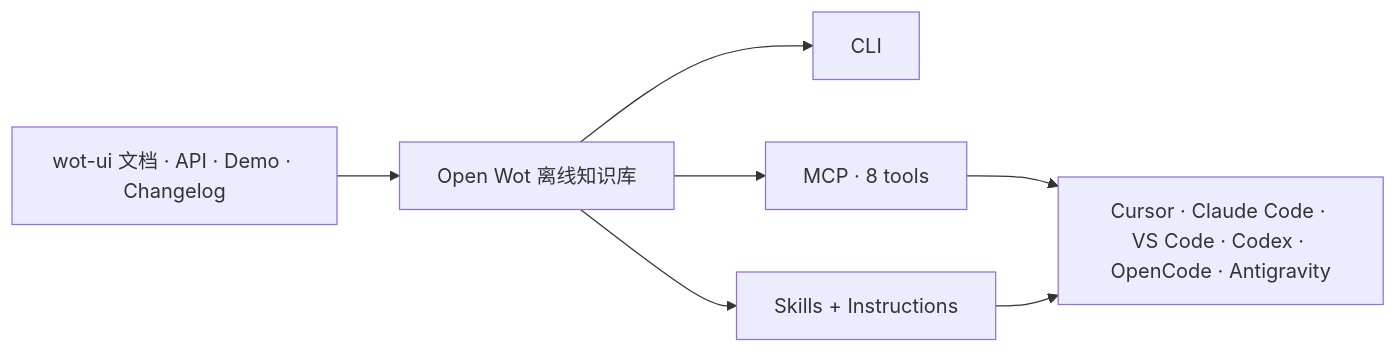
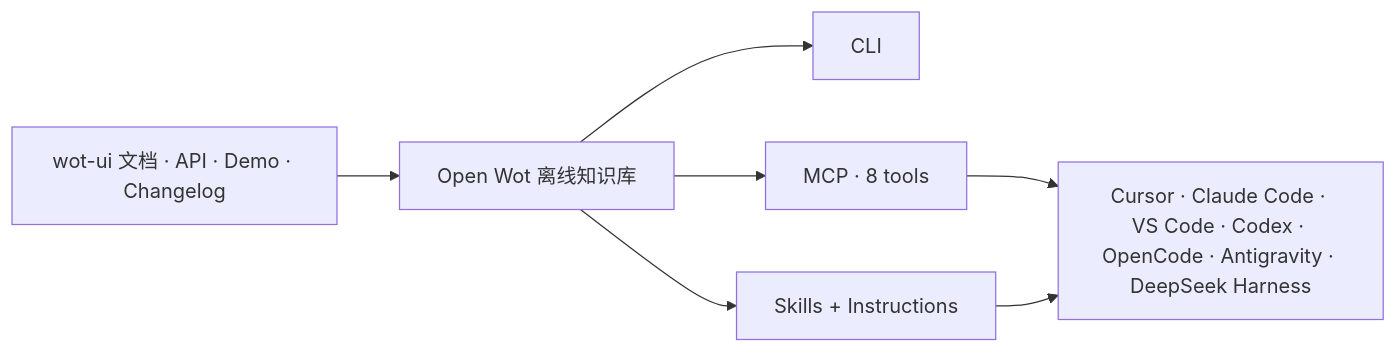
Before and after one commit to wot-ui/open-wot: the diagram in README.md, drawn with Mermaid. The commit also changed other lines of this file and 38 other files, not shown here.

First line of the commit message:
feat(agent): 支持 DeepSeek Harness 项目级与用户级接入 (#19)

````diff
--- a/README.md
+++ b/README.md
@@ -79,9 +81,9 @@
 ```mermaid
 flowchart LR
   A["wot-ui 文档 · API · Demo · Changelog"] --> B["Open Wot 离线知识库"]
   B --> C["CLI"]
   B --> D["MCP · 8 tools"]
   B --> E["Skills + Instructions"]
-  D --> F["Cursor · Claude Code · VS Code · Codex · OpenCode · Antigravity"]
+  D --> F["Cursor · Claude Code · VS Code · Codex · OpenCode · Antigravity · DeepSeek Harness"]
   E --> F
 ```
````
